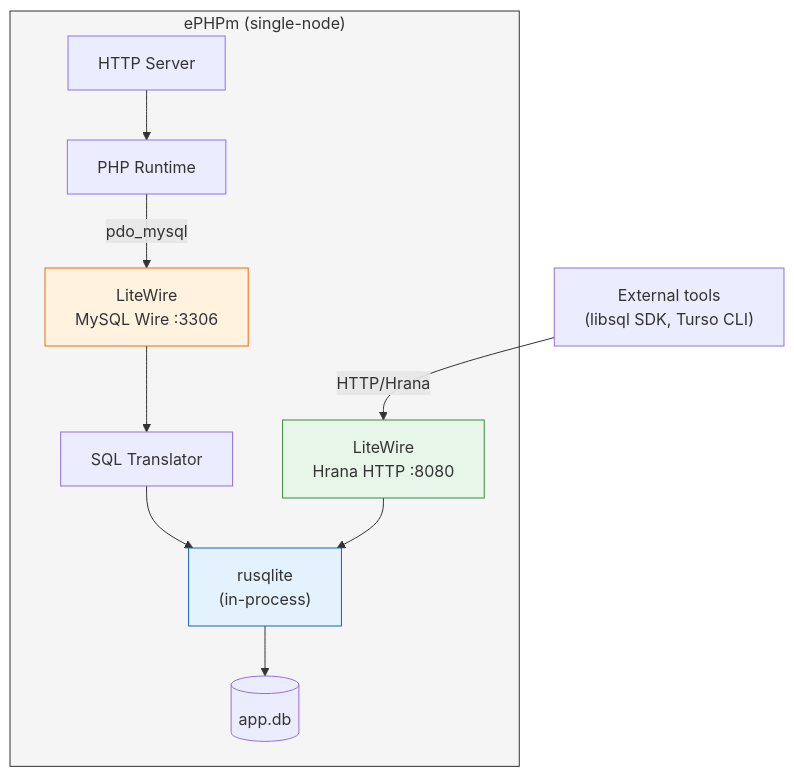
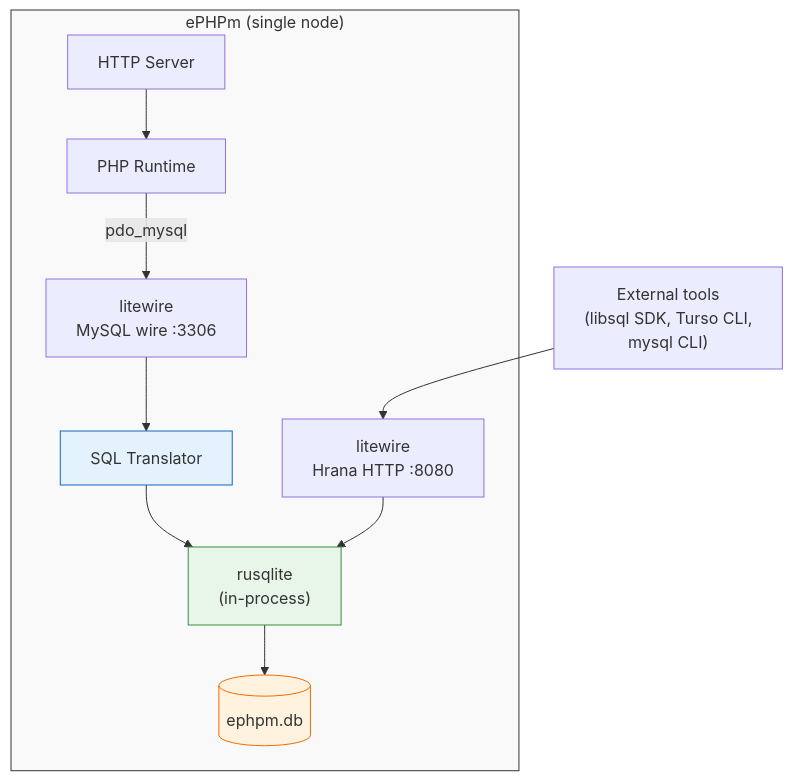
Before and after one commit to ephpm/ephpm: the first of 2 diagrams in docs/architecture/sql.md, drawn with Mermaid. The commit also changed other lines of this file and 7 other files, not shown here.

````diff
--- a/docs/architecture/sql.md
+++ b/docs/architecture/sql.md
@@ -334,26 +26,26 @@
 ```mermaid
 graph TD
-    subgraph ephpm["ePHPm (single-node)"]
+    subgraph pod["ePHPm (single node)"]
         http["HTTP Server"]
         php["PHP Runtime"]
-        mysql_fe["LiteWire\nMySQL Wire :3306"]
-        hrana_fe["LiteWire\nHrana HTTP :8080"]
+        mysql_fe["litewire\nMySQL wire :3306"]
+        hrana_fe["litewire\nHrana HTTP :8080"]
         translate["SQL Translator"]
         rusqlite["rusqlite\n(in-process)"]
-        db[("app.db")]
+        dbfile[("ephpm.db")]
 
         http --> php
         php -->|pdo_mysql| mysql_fe
         mysql_fe --> translate
         translate --> rusqlite
         hrana_fe --> rusqlite
-        rusqlite --> db
+        rusqlite --> dbfile
     end
 
-    ext["External tools\n(libsql SDK, Turso CLI)"] -->|HTTP/Hrana| hrana_fe
+    ext["External tools\n(libsql SDK, Turso CLI,\nmysql CLI)"] --> hrana_fe
 
-    style ephpm fill:#f5f5f5,stroke:#333
-    style mysql_fe fill:#fff3e0,stroke:#ef6c00
-    style hrana_fe fill:#e8f5e9,stroke:#388e3c
-    style rusqlite fill:#e3f2fd,stroke:#1565c0
+    style pod fill:#f9f9f9,stroke:#333
+    style translate fill:#e3f2fd,stroke:#1565c0
+    style rusqlite fill:#e8f5e9,stroke:#388e3c
+    style dbfile fill:#fff3e0,stroke:#ef6c00
 ```
````
